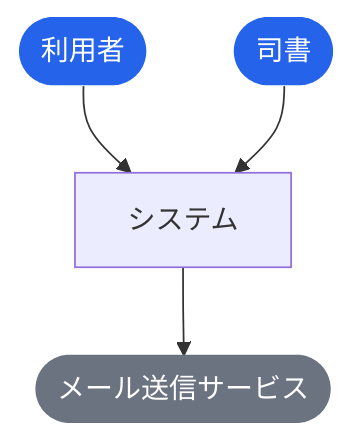
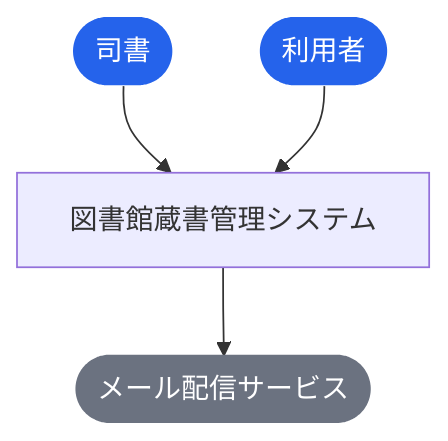
One commit to suwa-sh/suwa-sh-claude-plugins changed the first of 8 diagrams in samples/distillery/pipeline/README.md. Above: the diagram before and after it, drawn with Mermaid. The commit also changed other lines of this file and 1723 other files, not shown here.

````diff
--- a/samples/distillery/pipeline/README.md
+++ b/samples/distillery/pipeline/README.md
@@ -96,9 +68,9 @@
 ```mermaid
 graph TB
-  SYS["システム"]
+  SYS["図書館蔵書管理システム"]
+  司書(["司書"]):::actor --> SYS
   利用者(["利用者"]):::actor --> SYS
-  司書(["司書"]):::actor --> SYS
-  SYS --> メール送信サービス(["メール送信サービス"]):::external
+  SYS --> メール配信サービス(["メール配信サービス"]):::external
   classDef actor fill:#2563EB,color:#fff,stroke:none
   classDef external fill:#6B7280,color:#fff,stroke:none
 ```
````
